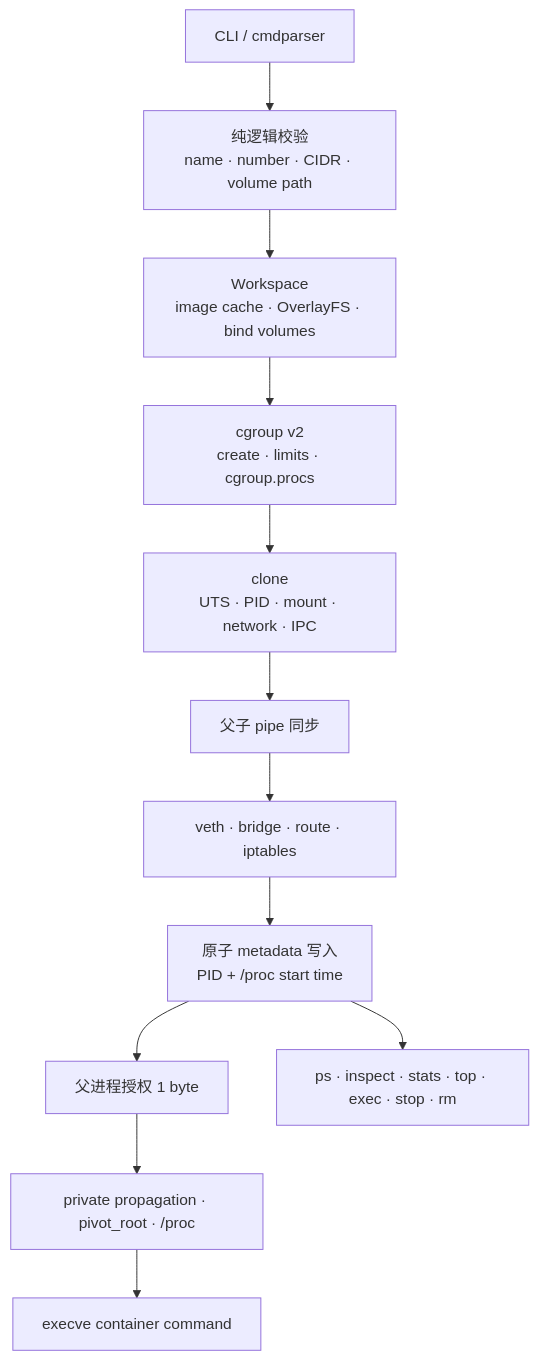
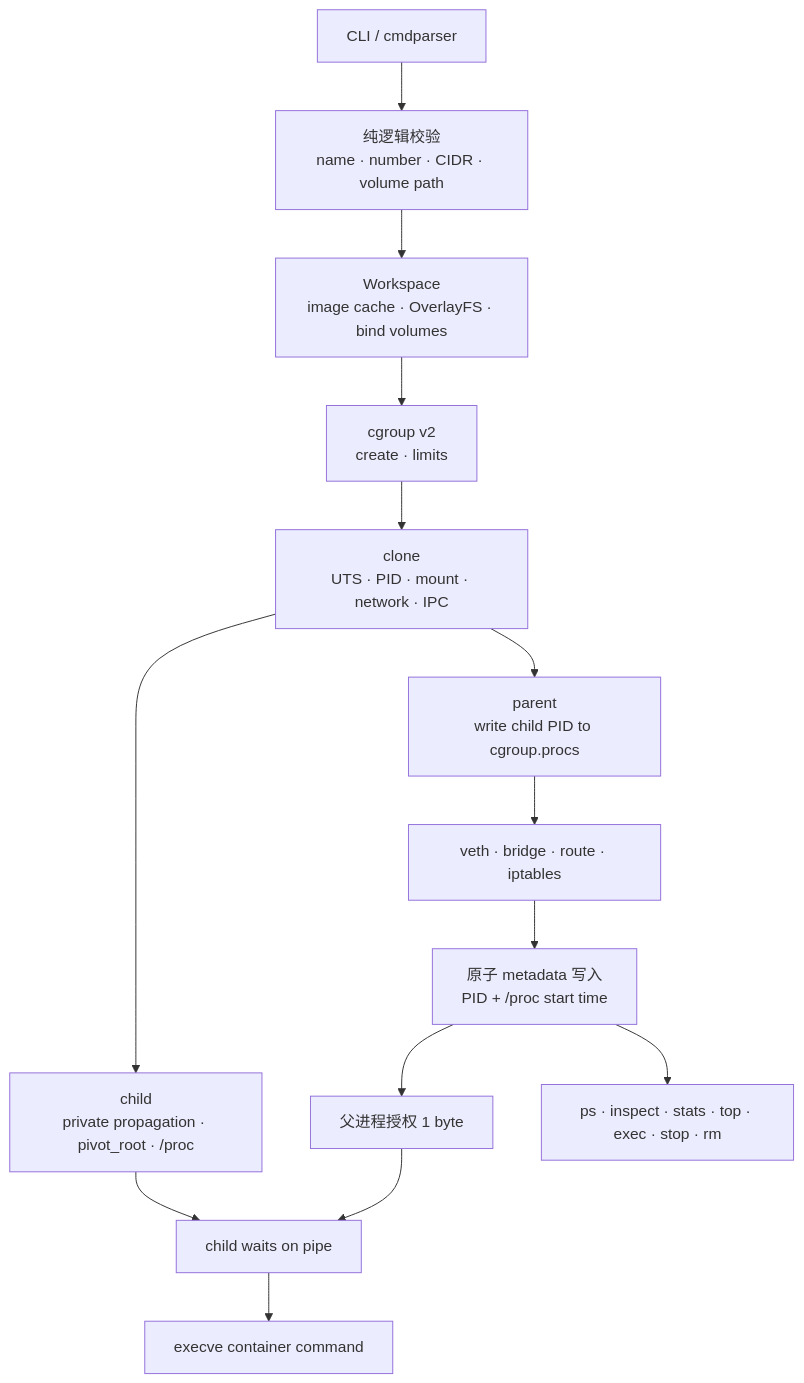
The diagram in README.md (Harmonia0908/tinydocker), drawn with Mermaid before and after one commit. The commit also changed other lines of this file and 22 other files, not shown here.

````diff
--- a/README.md
+++ b/README.md
@@ -15,14 +15,16 @@
 ```mermaid
 flowchart TD
     CLI["CLI / cmdparser"] --> V["纯逻辑校验<br/>name · number · CIDR · volume path"]
     V --> WS["Workspace<br/>image cache · OverlayFS · bind volumes"]
-    WS --> CG["cgroup v2<br/>create · limits · cgroup.procs"]
+    WS --> CG["cgroup v2<br/>create · limits"]
     CG --> CL["clone<br/>UTS · PID · mount · network · IPC"]
-    CL --> SYNC["父子 pipe 同步"]
-    SYNC --> NET["veth · bridge · route · iptables"]
+    CL --> ROOT["child<br/>private propagation · pivot_root · /proc"]
+    ROOT --> SYNC["child waits on pipe"]
+    CL --> APPLY["parent<br/>write child PID to cgroup.procs"]
+    APPLY --> NET["veth · bridge · route · iptables"]
     NET --> META["原子 metadata 写入<br/>PID + /proc start time"]
     META --> GO["父进程授权 1 byte"]
-    GO --> ROOT["private propagation · pivot_root · /proc"]
-    ROOT --> EXEC["execve container command"]
+    GO --> SYNC
+    SYNC --> EXEC["execve container command"]
     META --> OBS["ps · inspect · stats · top · exec · stop · rm"]
 ```
````
